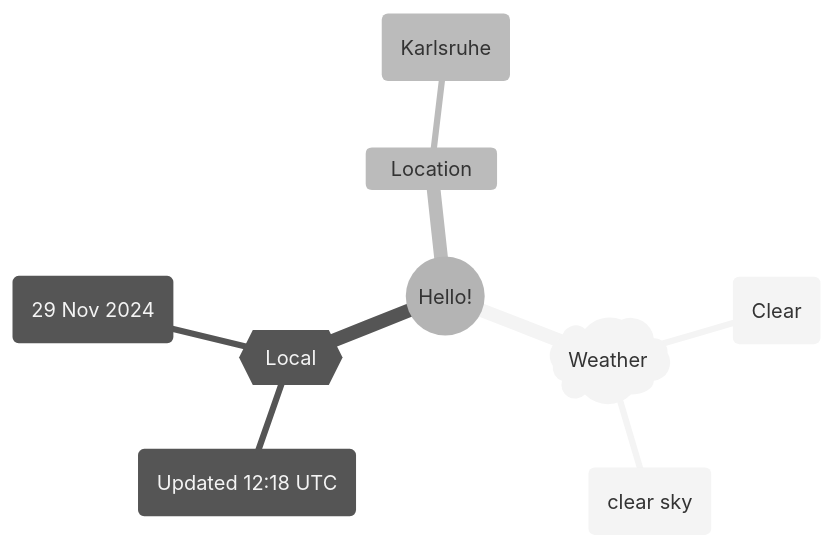
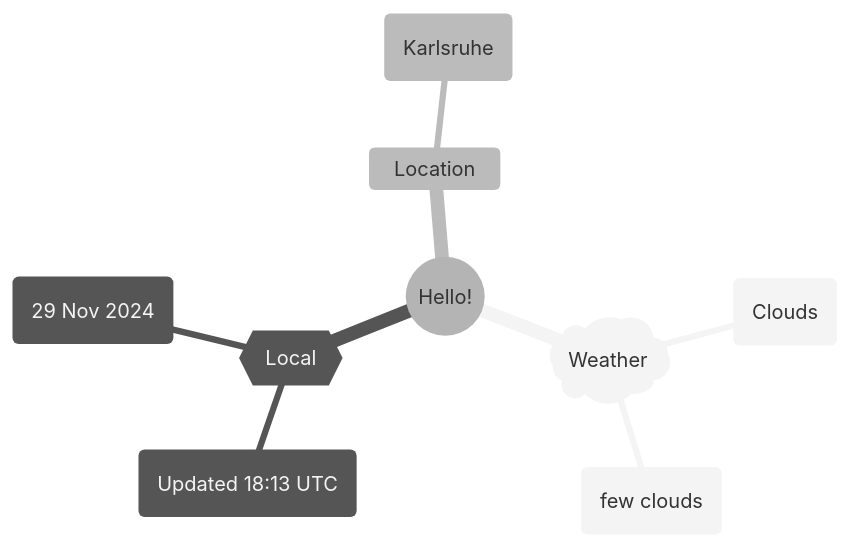
The first of 2 diagrams in README.md (Xosrov/Xosrov), drawn with Mermaid (neutral theme) before and after one commit.

Commit message:
[bot] updated images

````diff
--- a/README.md
+++ b/README.md
@@ -3,12 +3,12 @@
 ```mermaid
 mindmap
   root((Hello!))
     )Weather(
-        (Clear)
-        (clear sky)
+        (Clouds)
+        (few clouds)
     {{Local}}
-        (Updated 12:18 UTC)
+        (Updated 18:13 UTC)
         (29 Nov 2024)
     Location
         (Karlsruhe)
 ```
````
